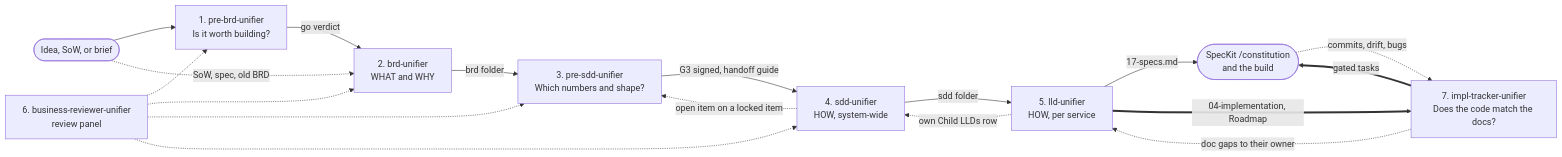
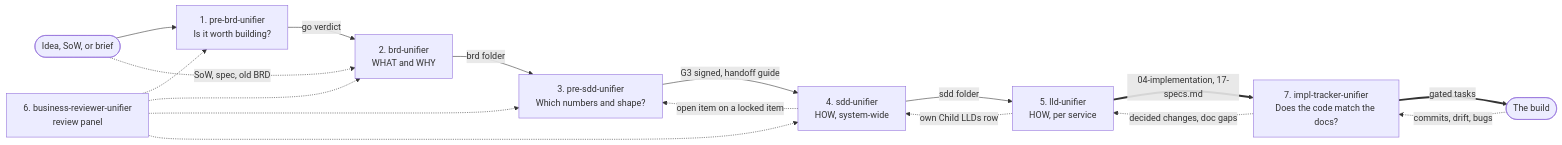
One commit to mhshahin01/builders-skills changed the first of 8 diagrams in README.md. Above: the diagram before and after it, drawn with Mermaid. The commit also changed other lines of this file and 54 other files, not shown here.

````diff
--- a/README.md
+++ b/README.md
@@ -19,20 +19,19 @@
 ```mermaid
 flowchart LR
     idea(["Idea, SoW, or brief"]) --> pre["1. pre-brd-unifier<br/>Is it worth building?"]
     pre -->|"go verdict"| brd["2. brd-unifier<br/>WHAT and WHY"]
     idea -.->|"SoW, spec, old BRD"| brd
     brd -->|"brd folder"| psdd["3. pre-sdd-unifier<br/>Which numbers and shape?"]
     psdd -->|"G3 signed, handoff guide"| sdd["4. sdd-unifier<br/>HOW, system-wide"]
     sdd -.->|"open item on a locked item"| psdd
     sdd -->|"sdd folder"| lld["5. lld-unifier<br/>HOW, per service"]
-    lld -->|"17-specs.md"| build(["SpecKit /constitution<br/>and the build"])
     lld -.->|"own Child LLDs row"| sdd
-    lld ==>|"04-implementation, Roadmap"| trk["7. impl-tracker-unifier<br/>Does the code match the docs?"]
-    trk ==>|"gated tasks"| build
+    lld ==>|"04-implementation, 17-specs.md"| trk["7. impl-tracker-unifier<br/>Does the code match the docs?"]
+    trk ==>|"gated tasks"| build(["The build"])
     build -.->|"commits, drift, bugs"| trk
-    trk -.->|"doc gaps to their owner"| lld
+    trk -.->|"decided changes, doc gaps"| lld
     rev["6. business-reviewer-unifier<br/>review panel"] -.-> pre
     rev -.-> brd
     rev -.-> psdd
     rev -.-> sdd
 ```
````
